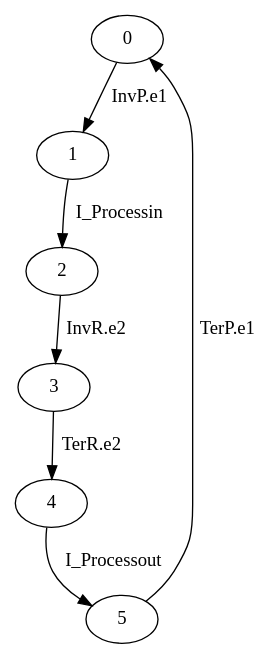
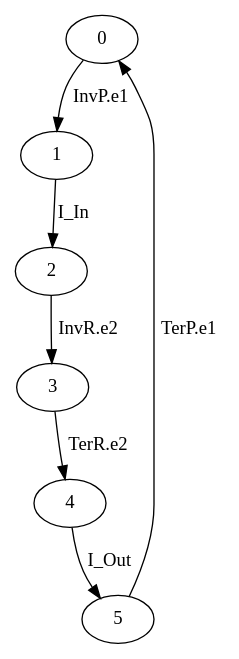
One commit to gfads/midarch changed the diagram in src/gmidarch/development/repositories/dot/Fibonacciproxy.dot. Above: the diagram before and after it, drawn with Graphviz. The commit also changed 17 other files, not shown here.

```diff
--- a/src/gmidarch/development/repositories/dot/Fibonacciproxy.dot
+++ b/src/gmidarch/development/repositories/dot/Fibonacciproxy.dot
@@ -1,8 +1,8 @@
 digraph G {
   0 -> 1 [ label="InvP.e1" ];
-  1 -> 2 [ label="I_Processin" ];
+  1 -> 2 [ label="I_In" ];
   2 -> 3 [ label="InvR.e2" ];
   3 -> 4 [ label="TerR.e2" ];
-  4 -> 5 [ label="I_Processout" ];
+  4 -> 5 [ label="I_Out" ];
   5 -> 0 [ label="TerP.e1" ];
 }
```
